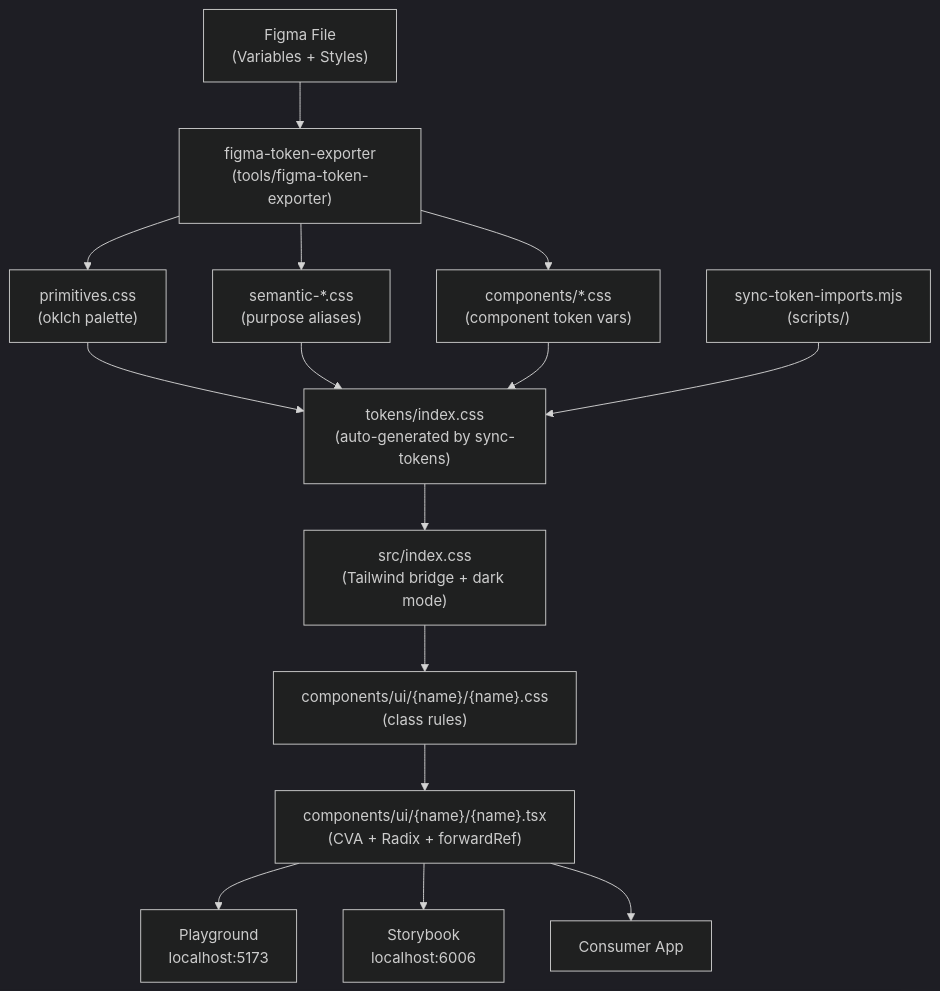
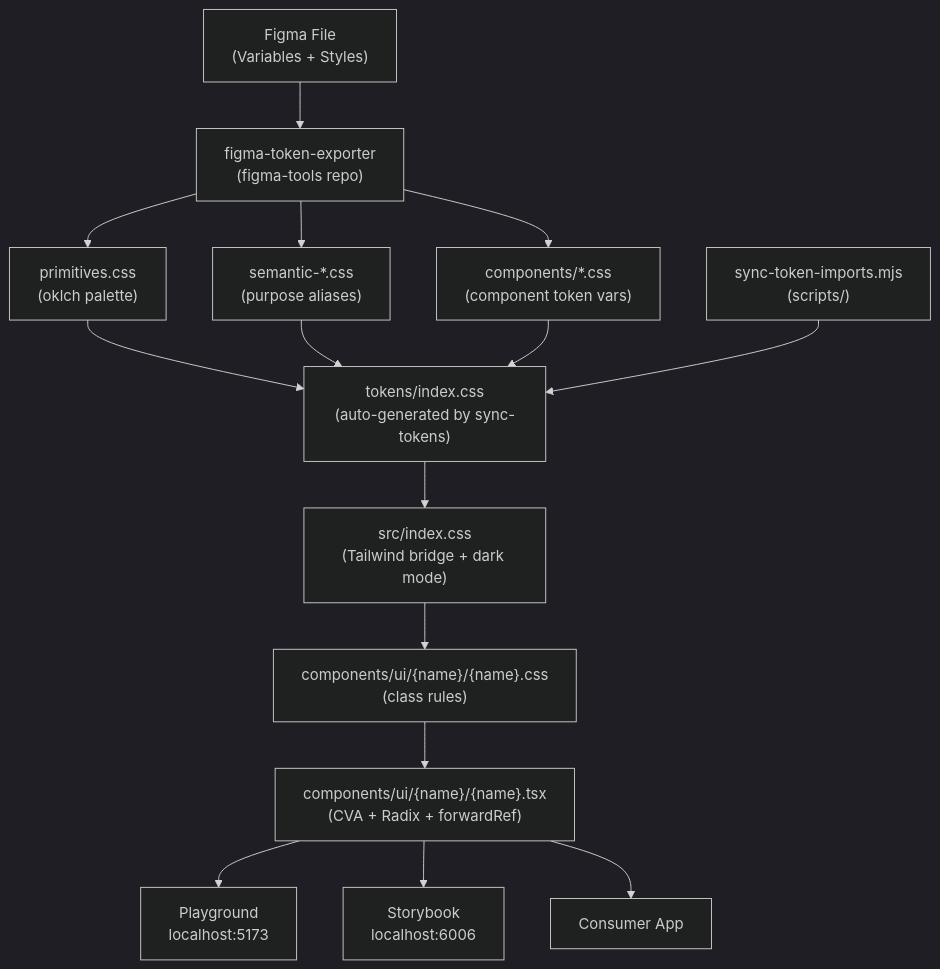
Before and after one commit to Sparkomatic/sparks-design-system-radixui: the first of 2 diagrams in aidlc-docs/inception/reverse-engineering/system-overview.md, drawn with Mermaid (dark theme). The commit also changed other lines of this file and 9 other files, not shown here.

First line of the commit message:
chore: move figma-token-exporter to dedicated figma-tools repo

````diff
--- a/aidlc-docs/inception/reverse-engineering/system-overview.md
+++ b/aidlc-docs/inception/reverse-engineering/system-overview.md
@@ -81,31 +81,31 @@
 ```mermaid
 graph TD
     Figma["Figma File\n(Variables + Styles)"]
-    FigmaPlugin["figma-token-exporter\n(tools/figma-token-exporter)"]
+    FigmaPlugin["figma-token-exporter\n(figma-tools repo)"]
     PrimCSS["primitives.css\n(oklch palette)"]
     SemCSS["semantic-*.css\n(purpose aliases)"]
     CompCSS["components/*.css\n(component token vars)"]
     IndexCSS["tokens/index.css\n(auto-generated by sync-tokens)"]
     SyncScript["sync-token-imports.mjs\n(scripts/)"]
     AppCSS["src/index.css\n(Tailwind bridge + dark mode)"]
     CompTSX["components/ui/{name}/{name}.tsx\n(CVA + Radix + forwardRef)"]
     CompClassCSS["components/ui/{name}/{name}.css\n(class rules)"]
     Playground["Playground\nlocalhost:5173"]
     Storybook["Storybook\nlocalhost:6006"]
     Consumer["Consumer App"]
 
     Figma --> FigmaPlugin
     FigmaPlugin --> PrimCSS
     FigmaPlugin --> SemCSS
     FigmaPlugin --> CompCSS
     PrimCSS --> IndexCSS
     SemCSS --> IndexCSS
     CompCSS --> IndexCSS
     SyncScript --> IndexCSS
     IndexCSS --> AppCSS
     AppCSS --> CompClassCSS
     CompClassCSS --> CompTSX
     CompTSX --> Playground
     CompTSX --> Storybook
     CompTSX --> Consumer
 ```
````
